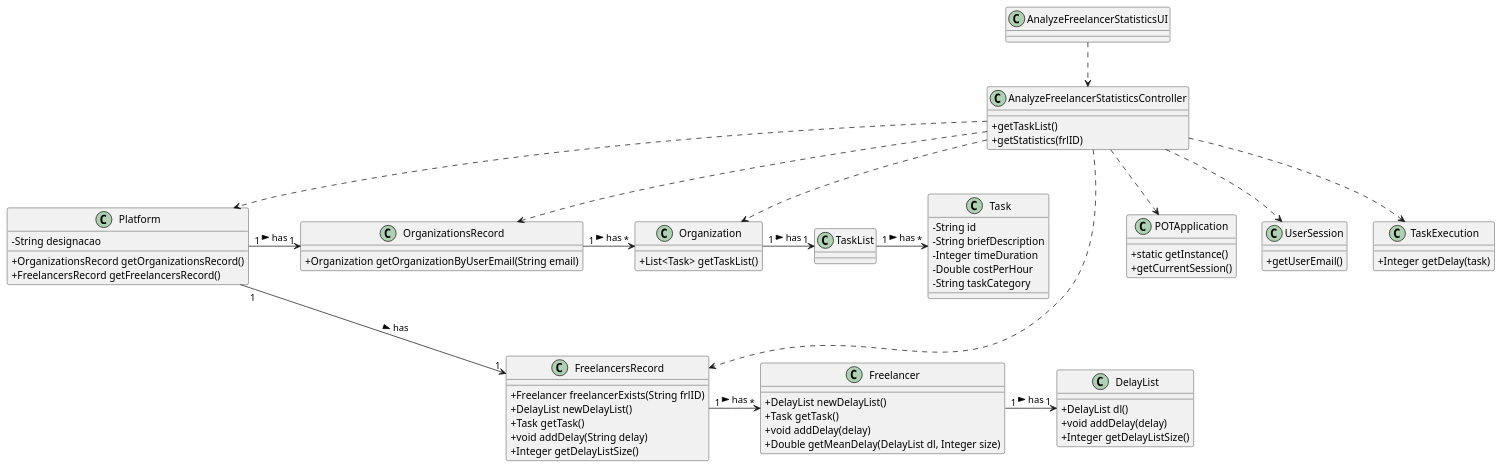
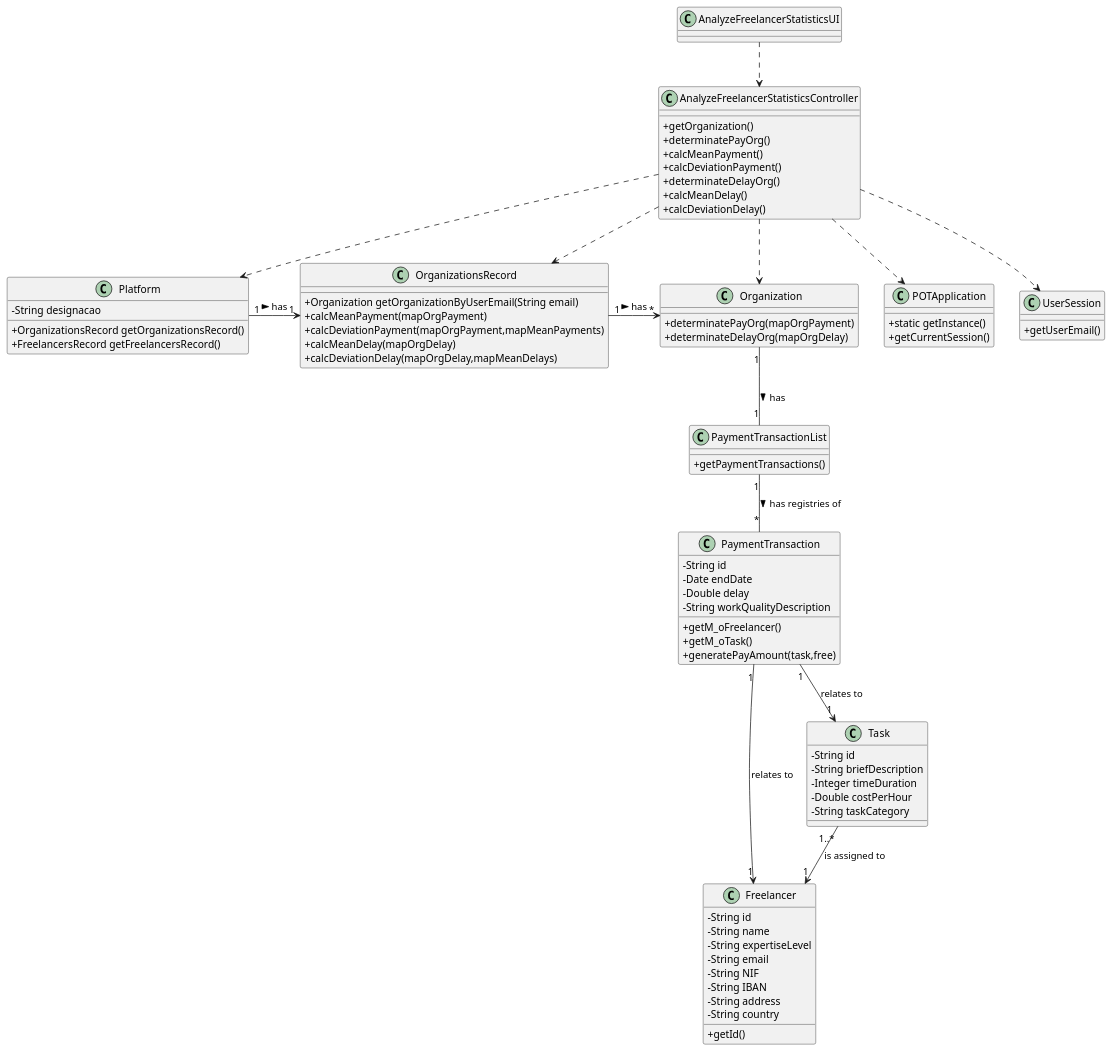
Before and after one commit to pedrolemos4/LAPR2: the diagram in docs/UC8 - Analyze freelancer statistics/UC8_CD.puml, drawn with PlantUML. The commit also changed other lines of this file and 1 other file, not shown here.

```diff
--- a/docs/UC8 - Analyze freelancer statistics/UC8_CD.puml
+++ b/docs/UC8 - Analyze freelancer statistics/UC8_CD.puml
@@ -1,93 +1,104 @@
 @startuml
 skinparam classAttributeIconSize 0
 
 
 class POTApplication {
   +static getInstance()
   +getCurrentSession()
 }
 
 class UserSession {
   +getUserEmail()
 }
 
 class OrganizationsRecord{
-  +Organization getOrganizationByUserEmail(String email)
+    +Organization getOrganizationByUserEmail(String email)
+    +calcMeanPayment(mapOrgPayment)
+    +calcDeviationPayment(mapOrgPayment,mapMeanPayments)
+    +calcMeanDelay(mapOrgDelay)
+    +calcDeviationDelay(mapOrgDelay,mapMeanDelays)
 }
 
 class Organization {
-   +List<Task> getTaskList()
+    +determinatePayOrg(mapOrgPayment)
+    +determinateDelayOrg(mapOrgDelay)
+}
+
+class PaymentTransactionList{
+    +getPaymentTransactions()
+}
+
+
+class PaymentTransaction {
+    -String id
+    -Date endDate
+    -Double delay
+    -String workQualityDescription
+    +getM_oFreelancer()
+    +getM_oTask()
+    +generatePayAmount(task,free)
 }
 
 class Freelancer {
-   +DelayList newDelayList()
-   +Task getTask()
-   +void addDelay(delay)
-   +Double getMeanDelay(DelayList dl, Integer size)
+    -String id
+    -String name
+    -String expertiseLevel
+    -String email
+    -String NIF
+    -String IBAN
+    -String address
+    -String country
+    +getId()
 }
 
 class Platform {
   -String designacao
   +OrganizationsRecord getOrganizationsRecord()
   +FreelancersRecord getFreelancersRecord()
 }
 
-class FreelancersRecord {
-   +Freelancer freelancerExists(String frlID)
-   +DelayList newDelayList()
-   +Task getTask()
-   +void addDelay(String delay)
-   +Integer getDelayListSize()
-}
-
 class AnalyzeFreelancerStatisticsController {
-    +getTaskList()
-    +getStatistics(frlID)
+    +getOrganization()
+    +determinatePayOrg()
+    +calcMeanPayment()
+    +calcDeviationPayment()
+    +determinateDelayOrg()
+    +calcMeanDelay()
+    +calcDeviationDelay()
 }
 
 class AnalyzeFreelancerStatisticsUI {
 }
-
-class DelayList {
-   +DelayList dl()
-   +void addDelay(delay)
-   +Integer getDelayListSize()
-}  
-
-class TaskExecution {
-   +Integer getDelay(task)
-}  
 
 class Task {
   -String id
   -String briefDescription
   -Integer timeDuration
   -Double costPerHour
   -String taskCategory
 }
 
 AnalyzeFreelancerStatisticsUI ..> AnalyzeFreelancerStatisticsController 
 
 AnalyzeFreelancerStatisticsController ..> Platform
-AnalyzeFreelancerStatisticsController ..> FreelancersRecord
 AnalyzeFreelancerStatisticsController ..> OrganizationsRecord
 AnalyzeFreelancerStatisticsController ..> POTApplication
 AnalyzeFreelancerStatisticsController ..> UserSession
 AnalyzeFreelancerStatisticsController ..> Organization
-AnalyzeFreelancerStatisticsController ..> TaskExecution
 
 
-Platform "1" --> "1" FreelancersRecord : has >
 Platform "1" -> "1" OrganizationsRecord : has >
 
 OrganizationsRecord "1" -> "*" Organization : has >
 
-Organization "1" -> "1" TaskList : has >
+Organization "1" -- "1" PaymentTransactionList : has >
 
-FreelancersRecord "1" -> "*" Freelancer : has >
+PaymentTransactionList "1" -- "*" PaymentTransaction : has registries of >
 
-Freelancer "1" -> "1" DelayList: has >
+PaymentTransaction "1" --> "1" Freelancer : relates to
+PaymentTransaction "1" --> "1" Task : relates to
 
-TaskList "1" -> "*" Task : has >
+Task "1..*" --> "1" Freelancer : is assigned to
+
 
 @enduml
```
